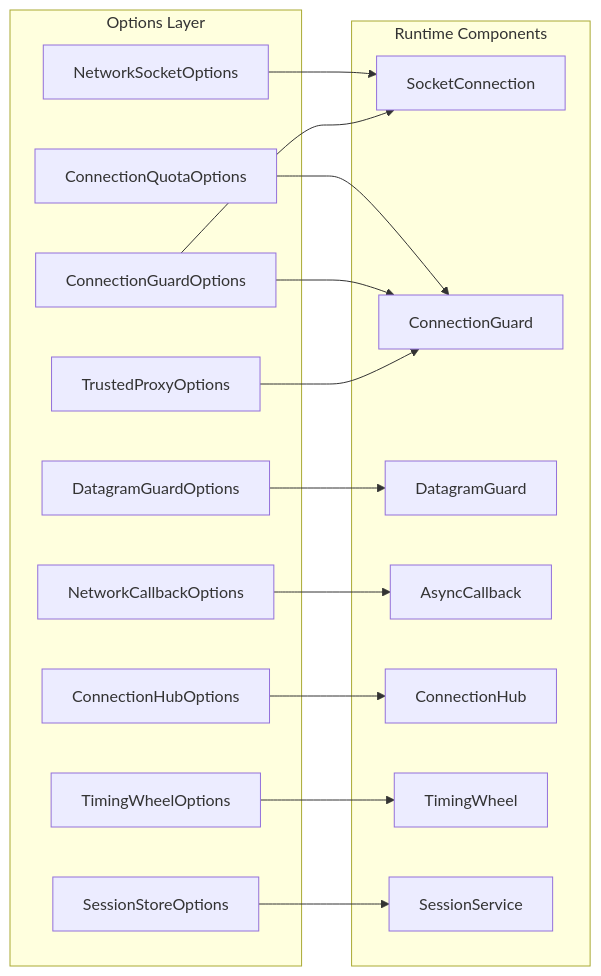
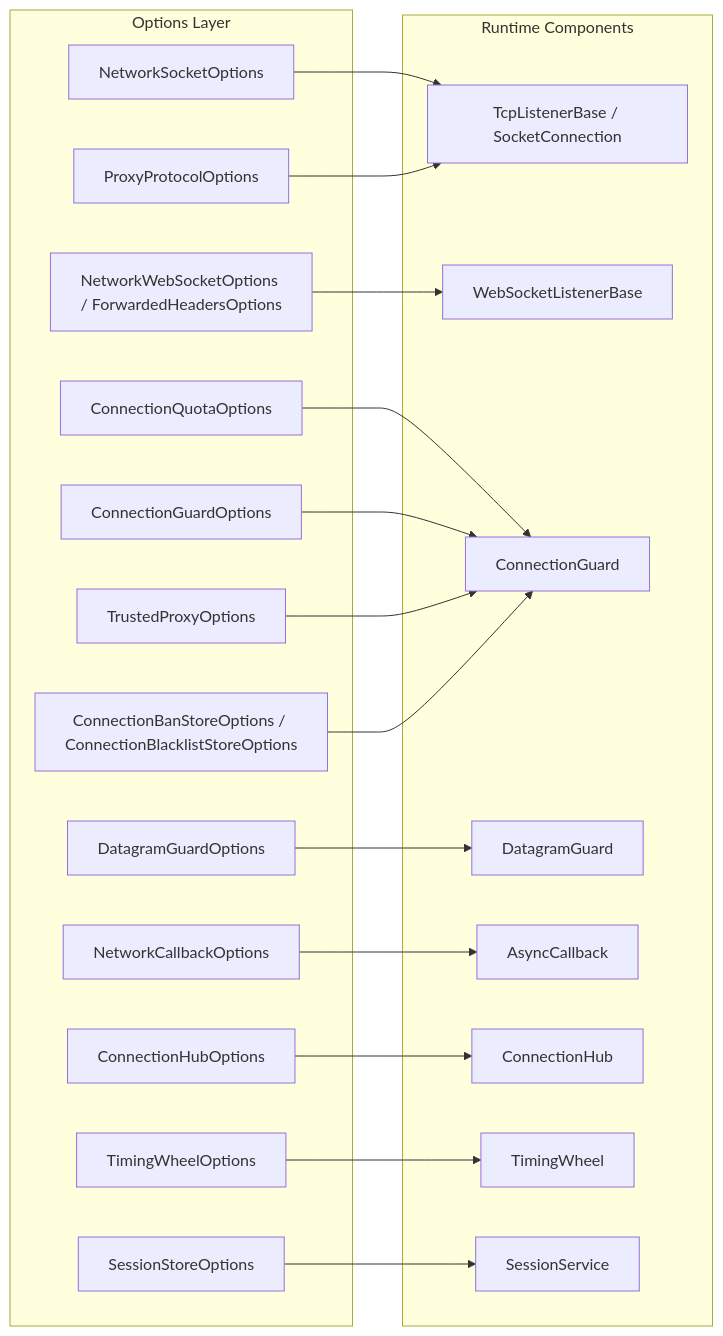
The diagram in src/content/docs/en-us/api/options/network/options.md (ppn-systems/nalix-docs), drawn with Mermaid before and after one commit. The commit also changed other lines of this file and 180 other files, not shown here.

````diff
--- a/src/content/docs/en-us/api/options/network/options.md
+++ b/src/content/docs/en-us/api/options/network/options.md
@@ -14,37 +15,41 @@
 ```mermaid
 flowchart LR
-    subgraph Config[Options Layer]
-        NSO[NetworkSocketOptions]
-        CQO[ConnectionQuotaOptions]
-        CGO[ConnectionGuardOptions]
-        TPO[TrustedProxyOptions]
-        DGO[DatagramGuardOptions]
-        NCO[NetworkCallbackOptions]
-        CHO[ConnectionHubOptions]
-        TWO[TimingWheelOptions]
-        SSO[SessionStoreOptions]
+    subgraph Config["Options Layer"]
+        NSO["NetworkSocketOptions"]
+        NWSO["NetworkWebSocketOptions / ForwardedHeadersOptions"]
+        PPO["ProxyProtocolOptions"]
+        CQO["ConnectionQuotaOptions"]
+        CGO["ConnectionGuardOptions"]
+        TPO["TrustedProxyOptions"]
+        CBSO["ConnectionBanStoreOptions / ConnectionBlacklistStoreOptions"]
+        DGO["DatagramGuardOptions"]
+        NCO["NetworkCallbackOptions"]
+        CHO["ConnectionHubOptions"]
+        TWO["TimingWheelOptions"]
+        SSO["SessionStoreOptions"]
     end
 
-    subgraph Runtime[Runtime Components]
-        SC[SocketConnection]
-        CG[ConnectionGuard]
-        DG[DatagramGuard]
-        AC[AsyncCallback]
-        Hub[ConnectionHub]
-        TW[TimingWheel]
-        SS[SessionService]
+    subgraph Runtime["Runtime Components"]
+        TCP["TcpListenerBase / SocketConnection"]
+        WS["WebSocketListenerBase"]
+        CG["ConnectionGuard"]
+        DG["DatagramGuard"]
+        AC["AsyncCallback"]
+        Hub["ConnectionHub"]
+        TW["TimingWheel"]
+        SS["SessionService"]
     end
 
-    NSO --> SC
-    CGO --> SC
-
+    NSO --> TCP
+    PPO --> TCP
+    NWSO --> WS
     CQO --> CG
     CGO --> CG
     TPO --> CG
+    CBSO --> CG
     DGO --> DG
     NCO --> AC
-
     CHO --> Hub
     TWO --> TW
     SSO --> SS
 ```
````
